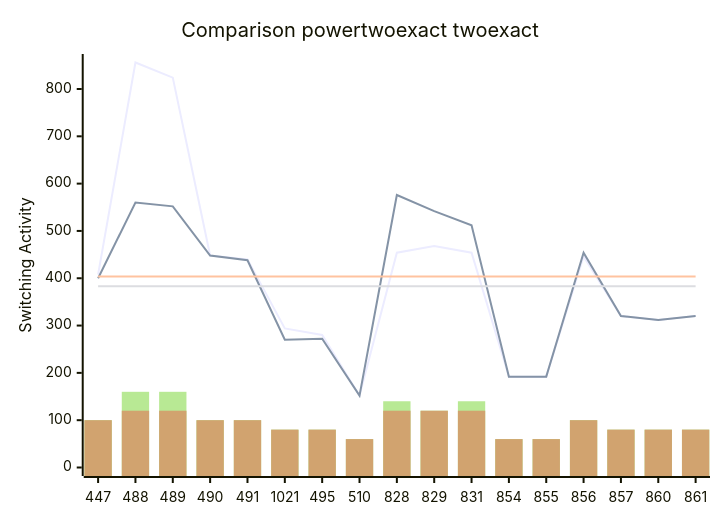
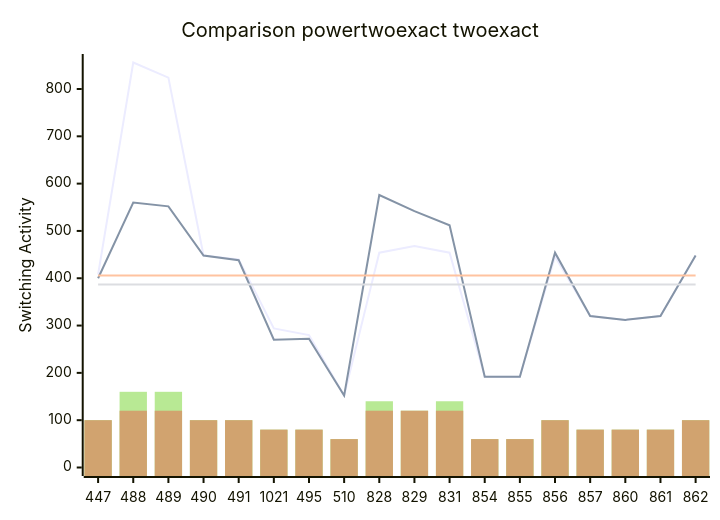
The diagram in benchmark_opt2.md (FeldmeierMichael/Exact-Power-Synthesis), drawn with Mermaid before and after one commit. The commit also changed other lines of this file, not shown here.

````diff
--- a/benchmark_opt2.md
+++ b/benchmark_opt2.md
@@ -35,12 +37,12 @@
 ```mermaid
 xychart-beta
     title "Comparison powertwoexact twoexact"
-    x-axis [447, 488, 489, 490, 491, 1021, 495, 510, 828, 829, 831, 854, 855, 856, 857, 860, 861]
+    x-axis [447, 488, 489, 490, 491, 1021, 495, 510, 828, 829, 831, 854, 855, 856, 857, 860, 861, 862]
     y-axis "Switching Activity" 0-->856
-    line [408, 856, 824, 448, 440, 294, 280, 152, 454, 468, 454, 192, 192, 446, 320, 312, 320]
-    line [400, 560, 552, 448, 438, 270, 272, 152, 576, 542, 512, 192, 192, 454, 320, 312, 320]
-    line [403.52941176470586, 403.52941176470586, 403.52941176470586, 403.52941176470586, 403.52941176470586, 403.52941176470586, 403.52941176470586, 403.52941176470586, 403.52941176470586, 403.52941176470586, 403.52941176470586, 403.52941176470586, 403.52941176470586, 403.52941176470586, 403.52941176470586, 403.52941176470586, 403.52941176470586]
-    line [383.05882352941177, 383.05882352941177, 383.05882352941177, 383.05882352941177, 383.05882352941177, 383.05882352941177, 383.05882352941177, 383.05882352941177, 383.05882352941177, 383.05882352941177, 383.05882352941177, 383.05882352941177, 383.05882352941177, 383.05882352941177, 383.05882352941177, 383.05882352941177, 383.05882352941177]
-    bar [100, 160, 160, 100, 100, 80, 80, 60, 140, 120, 140, 60, 60, 100, 80, 80, 80]
-    bar [100, 120, 120, 100, 100, 80, 80, 60, 120, 120, 120, 60, 60, 100, 80, 80, 80]
+    line [408, 856, 824, 448, 440, 294, 280, 152, 454, 468, 454, 192, 192, 446, 320, 312, 320, 448]
+    line [400, 560, 552, 448, 438, 270, 272, 152, 576, 542, 512, 192, 192, 454, 320, 312, 320, 448]
+    line [406.0, 406.0, 406.0, 406.0, 406.0, 406.0, 406.0, 406.0, 406.0, 406.0, 406.0, 406.0, 406.0, 406.0, 406.0, 406.0, 406.0, 406.0]
+    line [386.6666666666667, 386.6666666666667, 386.6666666666667, 386.6666666666667, 386.6666666666667, 386.6666666666667, 386.6666666666667, 386.6666666666667, 386.6666666666667, 386.6666666666667, 386.6666666666667, 386.6666666666667, 386.6666666666667, 386.6666666666667, 386.6666666666667, 386.6666666666667, 386.6666666666667, 386.6666666666667]
+    bar [100, 160, 160, 100, 100, 80, 80, 60, 140, 120, 140, 60, 60, 100, 80, 80, 80, 100]
+    bar [100, 120, 120, 100, 100, 80, 80, 60, 120, 120, 120, 60, 60, 100, 80, 80, 80, 100]
 ```
````
